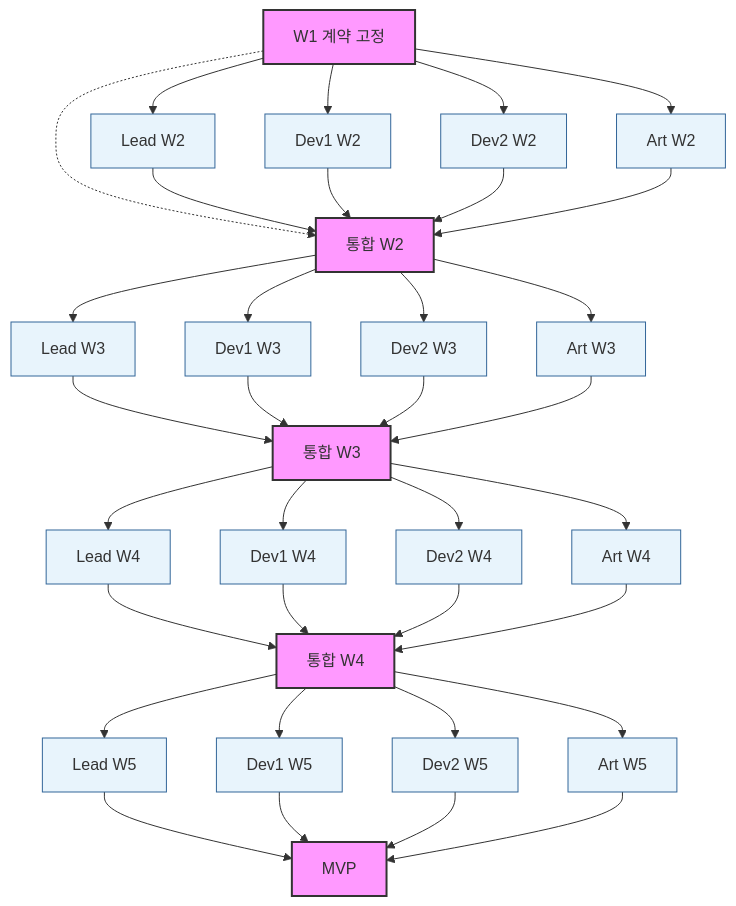
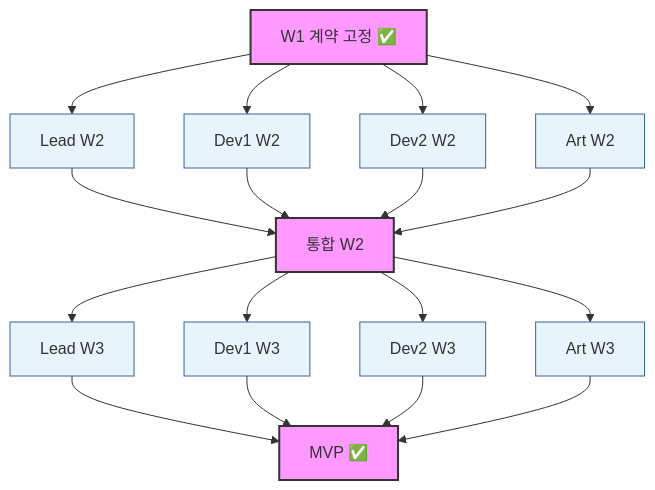
One commit to BARIbrother/DungeonFront changed the fifth of 5 diagrams in Docs/dev-plan/parallel-roadmap.md. Above: the diagram before and after it, drawn with Mermaid. The commit also changed other lines of this file and 82 other files, not shown here.

````diff
--- a/Docs/dev-plan/parallel-roadmap.md
+++ b/Docs/dev-plan/parallel-roadmap.md
@@ -329,45 +190,24 @@
 ```mermaid
 flowchart TB
     classDef gate fill:#f9f,stroke:#333,stroke-width:2px
     classDef track fill:#e8f4fc,stroke:#369
 
-    W1C["W1 계약 고정"]:::gate
+    W1C["W1 계약 고정 ✅"]:::gate
 
     L2["Lead W2"]:::track
     D12["Dev1 W2"]:::track
     D22["Dev2 W2"]:::track
     A2["Art W2"]:::track
     G2["통합 W2"]:::gate
 
     L3["Lead W3"]:::track
     D13["Dev1 W3"]:::track
     D23["Dev2 W3"]:::track
     A3["Art W3"]:::track
-    G3["통합 W3"]:::gate
-
-    L4["Lead W4"]:::track
-    D14["Dev1 W4"]:::track
-    D24["Dev2 W4"]:::track
-    A4["Art W4"]:::track
-    G4["통합 W4"]:::gate
-
-    L5["Lead W5"]:::track
-    D15["Dev1 W5"]:::track
-    D25["Dev2 W5"]:::track
-    A5["Art W5"]:::track
-    MVP["MVP"]:::gate
+    MVP["MVP ✅"]:::gate
 
     W1C --> L2 & D12 & D22 & A2
-    W1C -.-> G2
-
     L2 & D12 & D22 & A2 --> G2
     G2 --> L3 & D13 & D23 & A3
-
-    L3 & D13 & D23 & A3 --> G3
-    G3 --> L4 & D14 & D24 & A4
-
-    L4 & D14 & D24 & A4 --> G4
-    G4 --> L5 & D15 & D25 & A5
-
-    L5 & D15 & D25 & A5 --> MVP
+    L3 & D13 & D23 & A3 --> MVP
 ```
````
